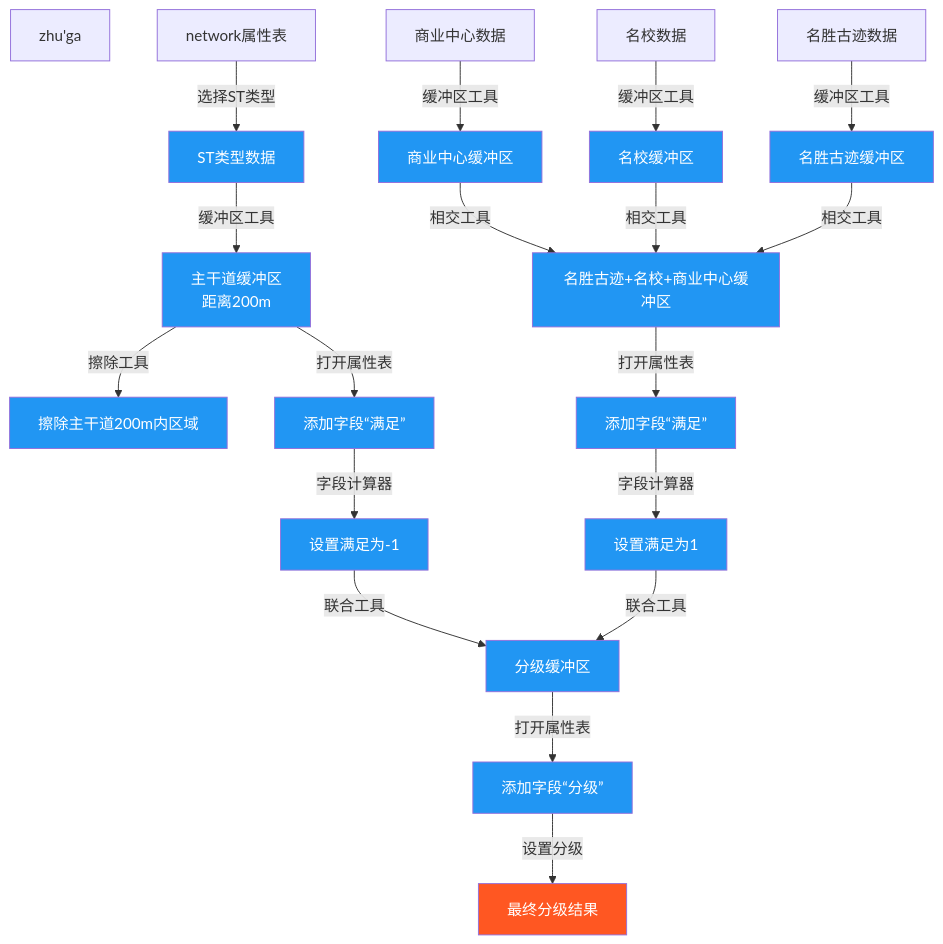
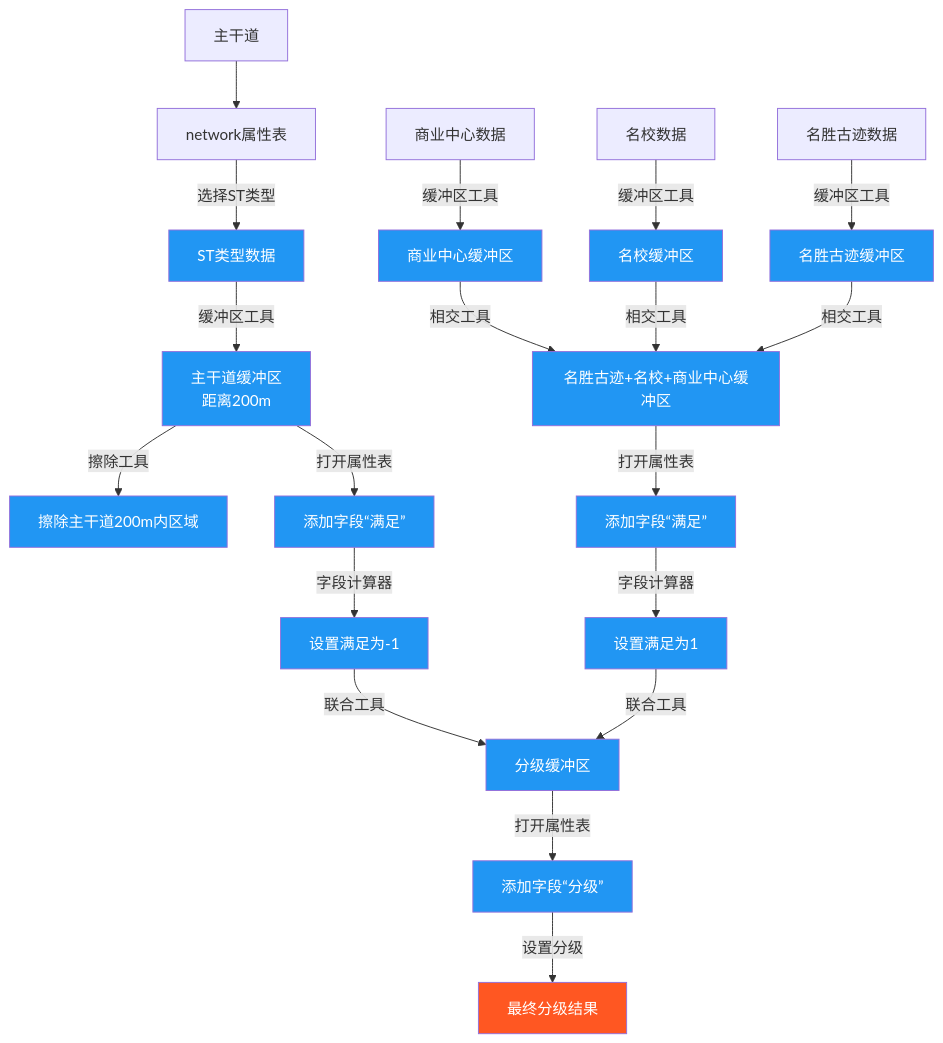
One commit to newguser/iodraw-files changed the diagram in all/未命名.md. Above: the diagram before and after it, drawn with Mermaid.

Commit message:
2025-02-27 20:29:33 update

````diff
--- a/all/未命名.md
+++ b/all/未命名.md
@@ -1,26 +1,26 @@
 ```mermaid
 graph TD
-        A0[zhu'ga]
+        A0[主干道] -->
         A1[network属性表] -->|选择ST类型| A2[ST类型数据]
         A2 -->|缓冲区工具| A3[主干道缓冲区<br>距离200m]
         B1[商业中心数据] -->|缓冲区工具| B2[商业中心缓冲区]
         C1[名校数据] -->|缓冲区工具| C2[名校缓冲区]
 
         D1[名胜古迹数据] -->|缓冲区工具| D2[名胜古迹缓冲区]
         B2[商业中心缓冲区]-->|相交工具| E1[名胜古迹+名校+商业中心缓冲区]
         C2[名校缓冲区]-->|相交工具| E1[名胜古迹+名校+商业中心缓冲区]
         D2 -->|相交工具| E1[名胜古迹+名校+商业中心缓冲区]
         A3 -->|擦除工具| E2[擦除主干道200m内区域]
         E1 -->|打开属性表| E3[添加字段“满足”]
         E3 -->|字段计算器| E4[设置满足为1]
         A3 -->|打开属性表| E5[添加字段“满足”]
         E5 -->|字段计算器| E6[设置满足为-1]
         E4 -->|联合工具| E7[分级缓冲区]
         E6 -->|联合工具| E7
         E7 -->|打开属性表| E8[添加字段“分级”]
         E8 -->|设置分级| E9[最终分级结果]
     
     style E9 fill:#FF5722,color:white
     classDef process fill:#2196F3,color:white;
     class A2,A3,B2,C2,D2,E1,E2,E3,E4,E5,E6,E7,E8 process
 ```
````
